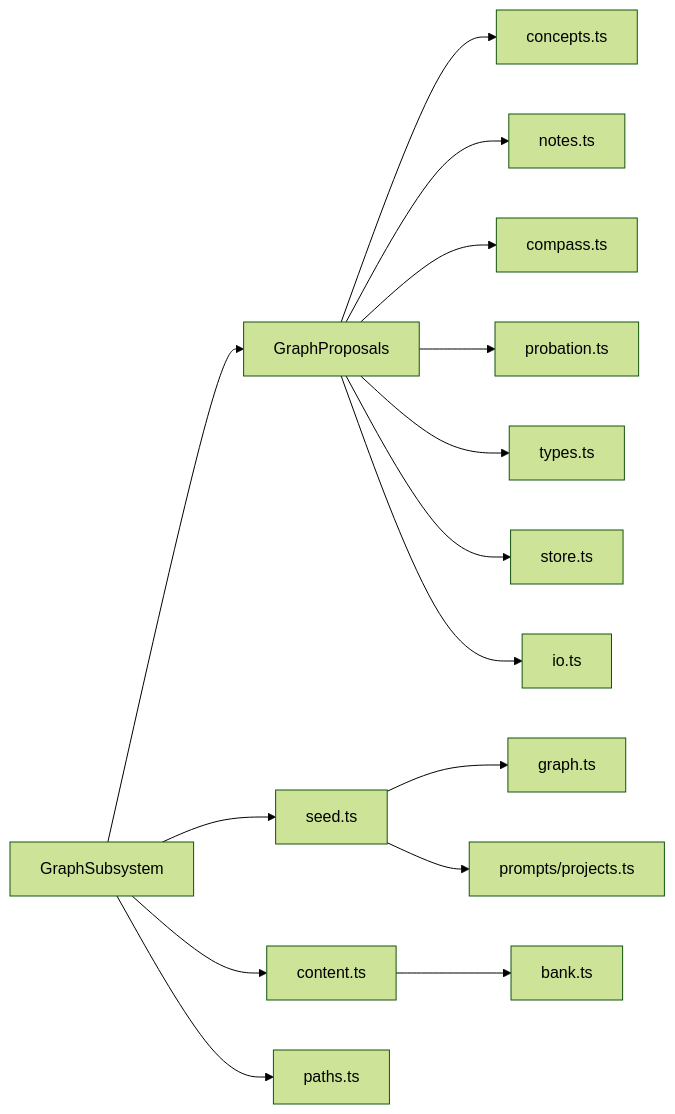
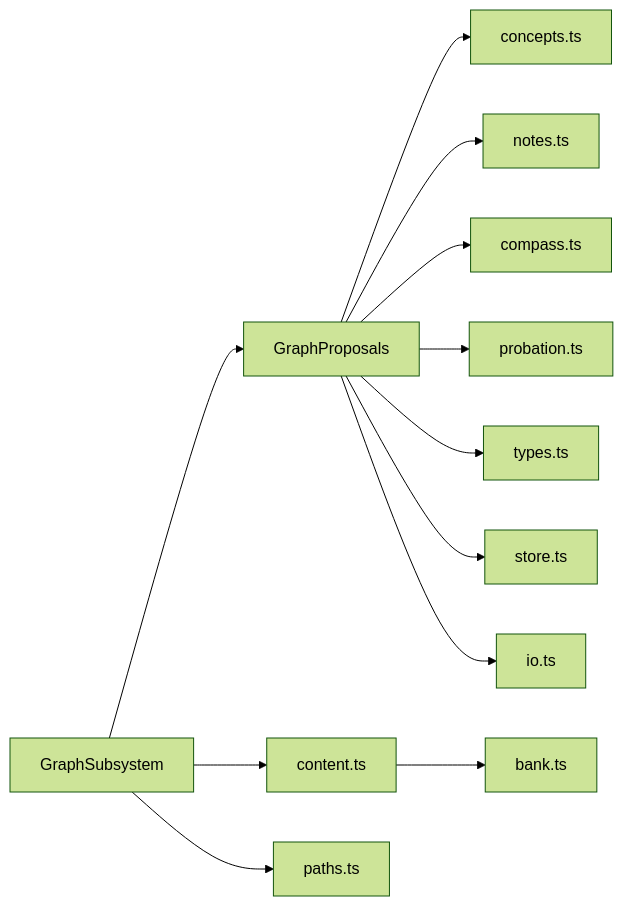
One commit to maozhijie/learnhub-plugin changed the sixth of 6 diagrams in .qoder/repowiki/zh/content/引擎核心/子系统架构/图谱子系统/图谱提案管理.md. Above: the diagram before and after it, drawn with Mermaid (forest theme). The commit also changed other lines of this file and 43 other files, not shown here.

````diff
--- a/.qoder/repowiki/zh/content/引擎核心/子系统架构/图谱子系统/图谱提案管理.md
+++ b/.qoder/repowiki/zh/content/引擎核心/子系统架构/图谱子系统/图谱提案管理.md
@@ -335,17 +283,14 @@
 ```mermaid
 graph LR
 GS["GraphSubsystem"] --> GP["GraphProposals"]
-GS --> SEED["seed.ts"]
 GS --> CONTENT["content.ts"]
 GS --> PATHS["paths.ts"]
 GP --> CONCEPTS["concepts.ts"]
 GP --> NOTES["notes.ts"]
 GP --> COMPASS["compass.ts"]
 GP --> PROBATION["probation.ts"]
 GP --> TYPES["types.ts"]
 GP --> STORE["store.ts"]
 GP --> IO["io.ts"]
-SEED --> GRAPH["graph.ts"]
-SEED --> PROMPTS["prompts/projects.ts"]
 CONTENT --> BANK["bank.ts"]
 ```
````
